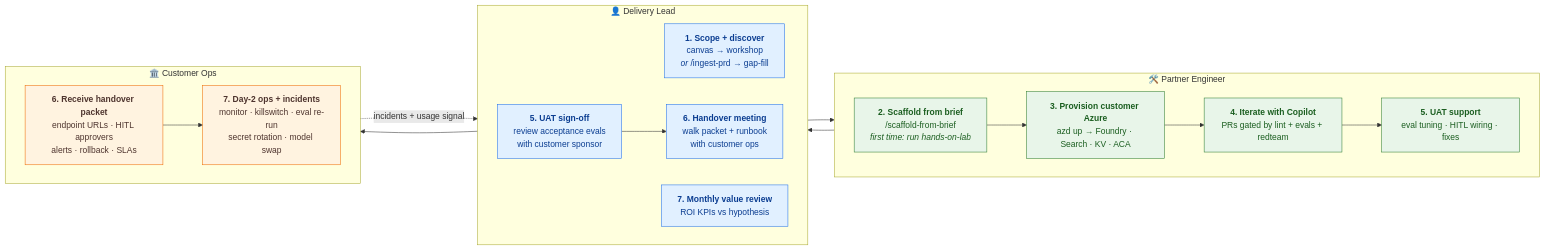
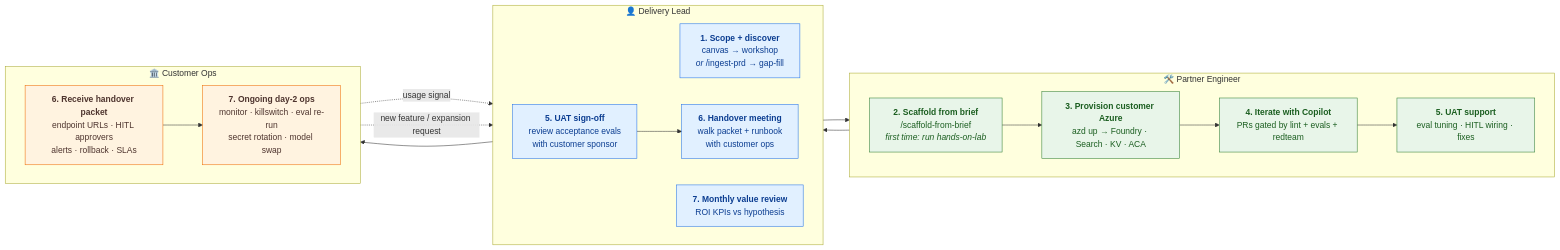
Before and after one commit to Azure-Samples/agentic-ai-solution-accelerator: the diagram in docs/partner-workflow.md, drawn with Mermaid. The commit also changed other lines of this file and 2 other files, not shown here.

````diff
--- a/docs/partner-workflow.md
+++ b/docs/partner-workflow.md
@@ -25,50 +35,51 @@
 ```mermaid
 flowchart LR
     classDef lead fill:#E1F0FF,stroke:#1F6FEB,color:#0B3D91,stroke-width:1px;
     classDef eng  fill:#E8F5E9,stroke:#2E7D32,color:#1B5E20,stroke-width:1px;
     classDef ops  fill:#FFF3E0,stroke:#EF6C00,color:#4E342E,stroke-width:1px;
 
     subgraph DL["👤 Delivery Lead"]
         direction LR
         D1["<b>1. Scope + discover</b><br/>canvas → workshop<br/><i>or</i> /ingest-prd → gap-fill"]
         D5["<b>5. UAT sign-off</b><br/>review acceptance evals<br/>with customer sponsor"]
         D6["<b>6. Handover meeting</b><br/>walk packet + runbook<br/>with customer ops"]
         D7["<b>7. Monthly value review</b><br/>ROI KPIs vs hypothesis"]
     end
 
     subgraph PE["🛠️ Partner Engineer"]
         direction LR
         E1["<b>2. Scaffold from brief</b><br/>/scaffold-from-brief<br/><i>first time: run hands-on-lab</i>"]
         E2["<b>3. Provision customer Azure</b><br/>azd up → Foundry · Search · KV · ACA"]
         E3["<b>4. Iterate with Copilot</b><br/>PRs gated by lint + evals + redteam"]
         E4["<b>5. UAT support</b><br/>eval tuning · HITL wiring · fixes"]
     end
 
     subgraph CO["🏛️ Customer Ops"]
         direction LR
         C1["<b>6. Receive handover packet</b><br/>endpoint URLs · HITL approvers<br/>alerts · rollback · SLAs"]
-        C2["<b>7. Day-2 ops + incidents</b><br/>monitor · killswitch · eval re-run<br/>secret rotation · model swap"]
+        C2["<b>7. Ongoing day-2 ops</b><br/>monitor · killswitch · eval re-run<br/>secret rotation · model swap"]
     end
 
     D1 --> E1
     E1 --> E2 --> E3 --> E4
     E4 --> D5
     D5 --> D6 --> C1
     C1 --> C2
-    C2 -. incidents + usage signal .-> D7
+    C2 -. usage signal .-> D7
+    C2 -. new feature / expansion request .-> D1
 
     class D1,D5,D6,D7 lead;
     class E1,E2,E3,E4 eng;
     class C1,C2 ops;
 
-    click D1 "discovery/how-to-use.md" "Discovery kit sequence (includes PRD/BRD branch)"
-    click D5 "partner-playbook.md#stage-5--uat" "Stage 5 — UAT"
-    click D6 "partner-playbook.md#stage-6--production-handover" "Stage 6 — Production handover"
-    click D7 "partner-playbook.md#stage-7--measure" "Stage 7 — Measure"
-    click E1 "partner-playbook.md#stage-2--scaffold" "Stage 2 — Scaffold"
-    click E2 "partner-playbook.md#stage-3--provision" "Stage 3 — Provision"
-    click E3 "partner-playbook.md#stage-4--iterate" "Stage 4 — Iterate"
-    click E4 "partner-playbook.md#stage-5--uat" "Stage 5 — UAT (engineer view)"
-    click C1 "customer-runbook.md" "Customer day-2 runbook (+ partner handover packet wins on conflict)"
-    click C2 "customer-runbook.md" "Customer ops — monitoring, killswitch, incidents"
+    click D1 "discovery/how-to-use.md" "D1 first action: open the discovery kit sequence (canvas → workshop, or /ingest-prd branch)"
+    click D5 "partner-playbook.md#stage-5--uat" "D5 first action: read Stage 5 UAT sign-off criteria"
+    click D6 "handover/handover-packet-template.md" "D6 first action: open the handover packet template"
+    click D7 "partner-playbook.md#stage-7--measure" "D7 first action: Stage 7 — Measure (monthly KPI review)"
+    click E1 "../QUICKSTART.md#step-3--scaffold-the-solution-from-the-brief" "E1 first action: QUICKSTART Step 3 — Scaffold (first-timer? run hands-on-lab once first)"
+    click E2 "getting-started.md" "E2 first action: getting-started.md — setup + azd up + troubleshooting"
+    click E3 "../QUICKSTART.md#step-4--provision--deploy-to-customers-azure" "E3 first action: QUICKSTART Steps 4–5 — iterate through CI gates"
+    click E4 "partner-playbook.md#stage-5--uat" "E4 first action: Stage 5 — UAT (engineer view)"
+    click C1 "customer-runbook.md" "C1 first action: open your engagement-specific handover packet (partner-delivered); customer-runbook.md is the fallback"
+    click C2 "customer-runbook.md" "C2 first action: your handover packet for this engagement; customer-runbook.md is the fallback"
 ```
````
